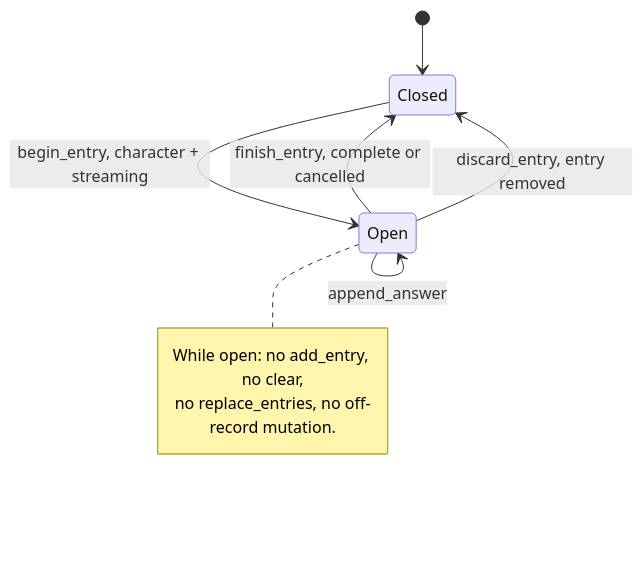
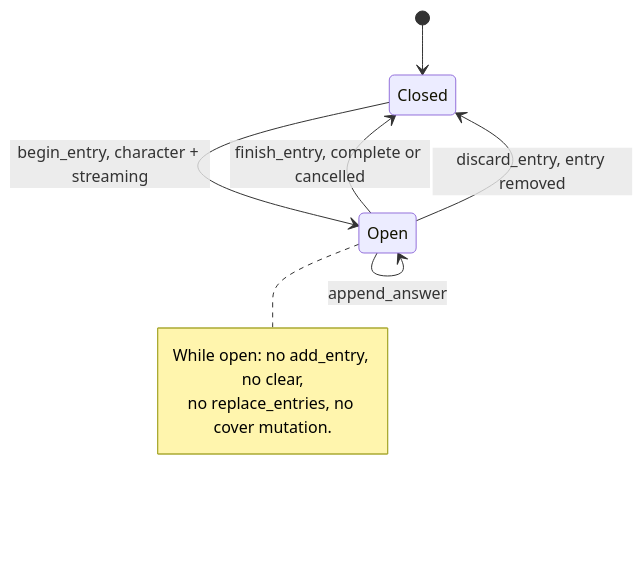
One commit to michaelpopov/cha changed the second of 3 diagrams in src/chat/README.md. Above: the diagram before and after it, drawn with Mermaid. The commit also changed other lines of this file and 24 other files, not shown here.

````diff
--- a/src/chat/README.md
+++ b/src/chat/README.md
@@ -140,12 +121,12 @@
 ```mermaid
 stateDiagram-v2
     [*] --> Closed
     Closed --> Open: begin_entry, character + streaming
     Open --> Open: append_answer
     Open --> Closed: finish_entry, complete or cancelled
     Open --> Closed: discard_entry, entry removed
     note right of Open
         While open: no add_entry, no clear,
-        no replace_entries, no off-record mutation.
+        no replace_entries, no cover mutation.
     end note
 ```
````
